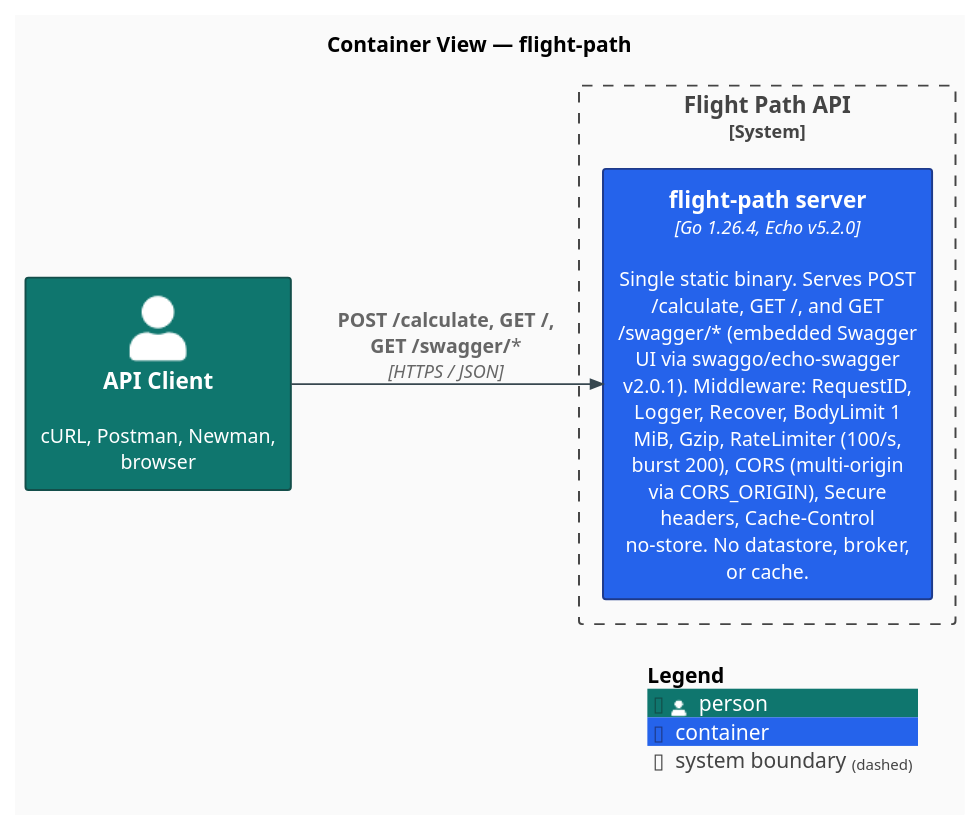
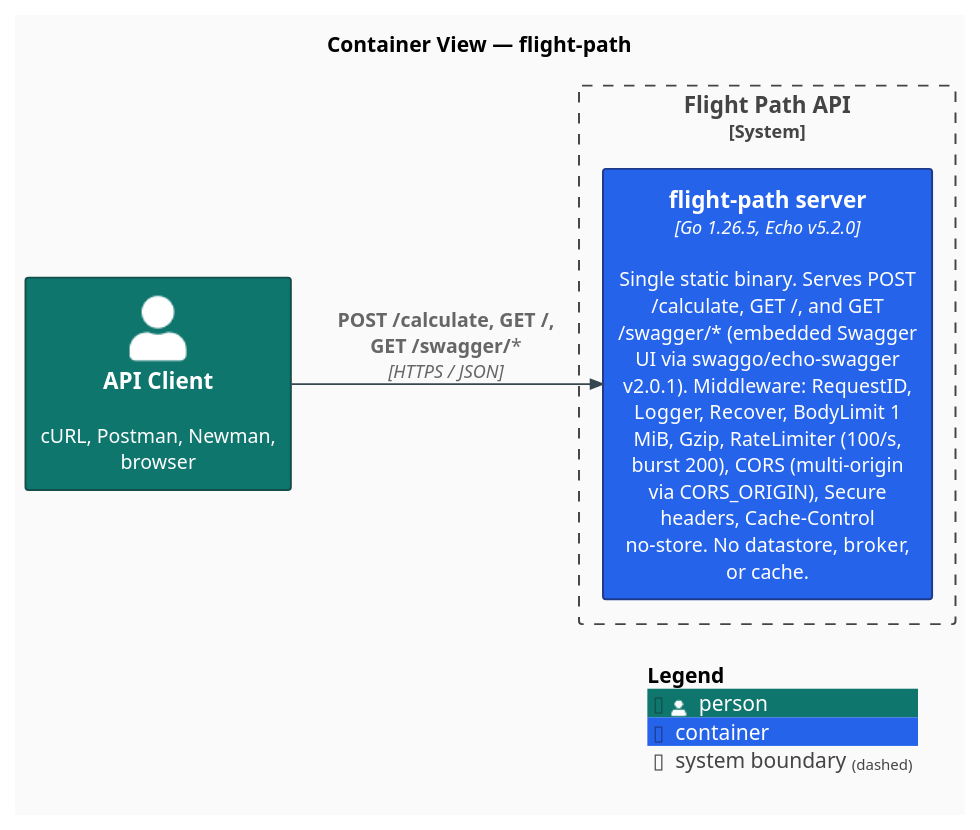
The diagram in docs/diagrams/c4-container.puml (AndriyKalashnykov/flight-path), drawn with PlantUML before and after one commit. The commit also changed 19 other files, not shown here.

```diff
--- a/docs/diagrams/c4-container.puml
+++ b/docs/diagrams/c4-container.puml
@@ -1,31 +1,31 @@
 @startuml c4-container
 !include https://raw.githubusercontent.com/plantuml-stdlib/C4-PlantUML/v2.13.0/C4_Container.puml
 
 ' Landscape layout — keeps the single-container view from rendering as a tall portrait.
 LAYOUT_LEFT_RIGHT()
 
 ' Modern flat styling: no shadows, sharper corners, clean sans-serif, modern palette.
 skinparam backgroundColor #FAFAFA
 skinparam shadowing false
 skinparam roundCorner 4
 skinparam defaultFontName "Inter, Helvetica, Arial, sans-serif"
 skinparam defaultFontSize 13
 skinparam ArrowColor #37474F
 skinparam ArrowThickness 1.2
 skinparam rectangleBorderThickness 1.3
 
 UpdateElementStyle("person", $fontColor="#FFFFFF", $bgColor="#0F766E", $borderColor="#134E4A")
 UpdateElementStyle("container", $fontColor="#FFFFFF", $bgColor="#2563EB", $borderColor="#1E3A8A")
 
 title Container View — flight-path
 
 Person(client, "API Client", "cURL, Postman, Newman, browser")
 
 System_Boundary(api, "Flight Path API") {
-  Container(server, "flight-path server", "Go 1.26.4, Echo v5.2.0", "Single static binary. Serves POST /calculate, GET /, and GET /swagger/* (embedded Swagger UI via swaggo/echo-swagger v2.0.1). Middleware: RequestID, Logger, Recover, BodyLimit 1 MiB, Gzip, RateLimiter (100/s, burst 200), CORS (multi-origin via CORS_ORIGIN), Secure headers, Cache-Control no-store. No datastore, broker, or cache.")
+  Container(server, "flight-path server", "Go 1.26.5, Echo v5.2.0", "Single static binary. Serves POST /calculate, GET /, and GET /swagger/* (embedded Swagger UI via swaggo/echo-swagger v2.0.1). Middleware: RequestID, Logger, Recover, BodyLimit 1 MiB, Gzip, RateLimiter (100/s, burst 200), CORS (multi-origin via CORS_ORIGIN), Secure headers, Cache-Control no-store. No datastore, broker, or cache.")
 }
 
 Rel(client, server, "POST /calculate, GET /, GET /swagger/*", "HTTPS / JSON")
 
 SHOW_LEGEND()
 @enduml
```
